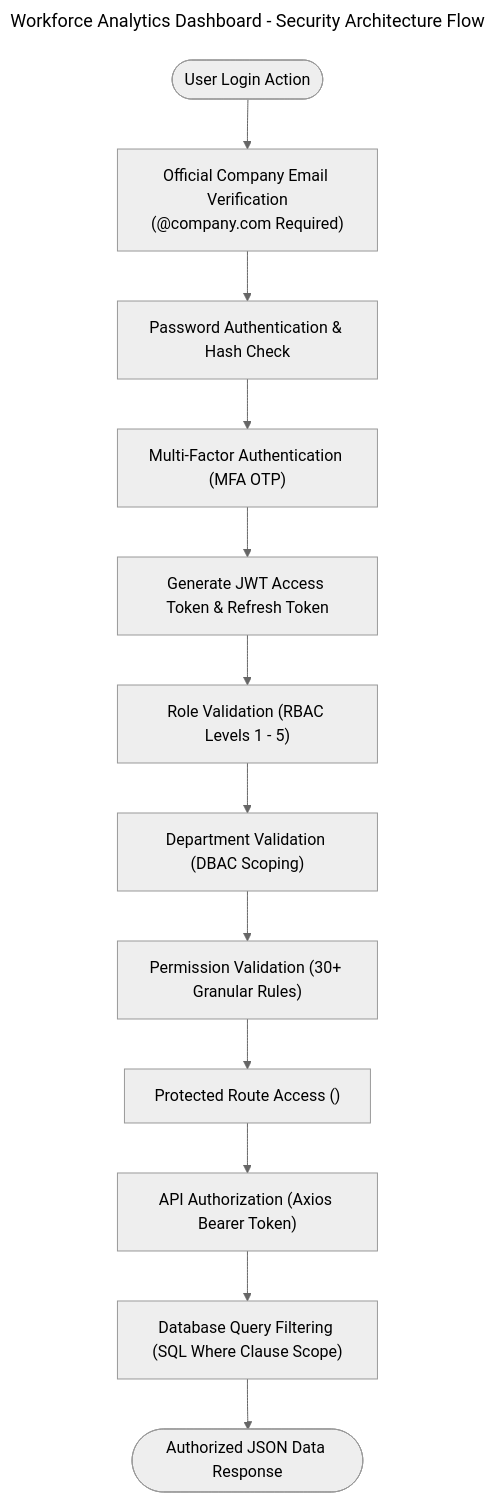
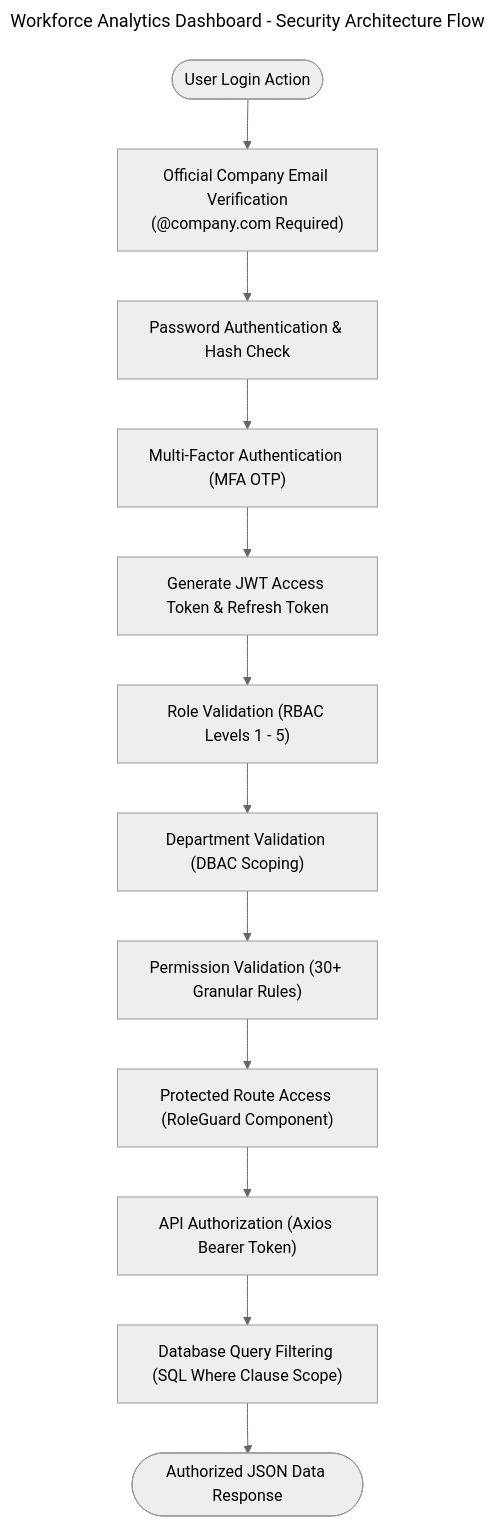
Before and after one commit to maheswari-pinneti/WFA-Rolebased-Architecture: the seventh of 7 diagrams in docs/architecture/MVP-Enterprise-Architecture.md, drawn with Mermaid (neutral theme).

Commit message:
Ensure all Mermaid diagrams in MVP-Enterprise-Architecture.md render with valid syntax and connected nodes

````diff
--- a/docs/architecture/MVP-Enterprise-Architecture.md
+++ b/docs/architecture/MVP-Enterprise-Architecture.md
@@ -461,17 +461,17 @@
 ```mermaid
 ---
 title: "Workforce Analytics Dashboard - Security Architecture Flow"
 ---
 flowchart TD
     START(["User Login Action"]) --> EMAIL["Official Company Email Verification<br/>(@company.com Required)"]
     EMAIL --> PWD["Password Authentication & Hash Check"]
     PWD --> MFA["Multi-Factor Authentication (MFA OTP)"]
     MFA --> JWT["Generate JWT Access Token & Refresh Token"]
     JWT --> ROLE["Role Validation (RBAC Levels 1 - 5)"]
     ROLE --> DEPT["Department Validation (DBAC Scoping)"]
     DEPT --> PERM["Permission Validation (30+ Granular Rules)"]
-    PERM --> ROUTE["Protected Route Access (<RoleGuard>)"]
+    PERM --> ROUTE["Protected Route Access (RoleGuard Component)"]
     ROUTE --> API["API Authorization (Axios Bearer Token)"]
     API --> DB_FILTER["Database Query Filtering (SQL Where Clause Scope)"]
     DB_FILTER --> END_OK(["Authorized JSON Data Response"])
 ```
````
